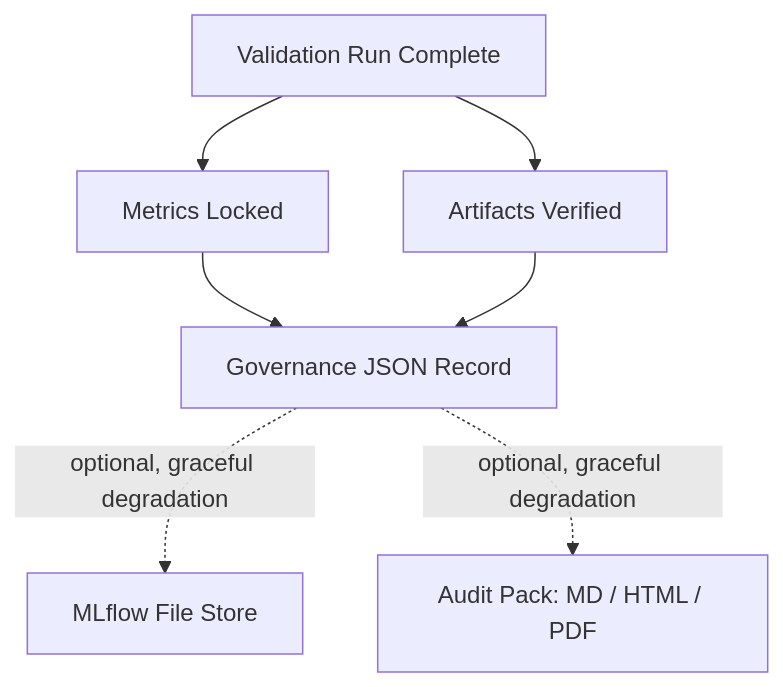
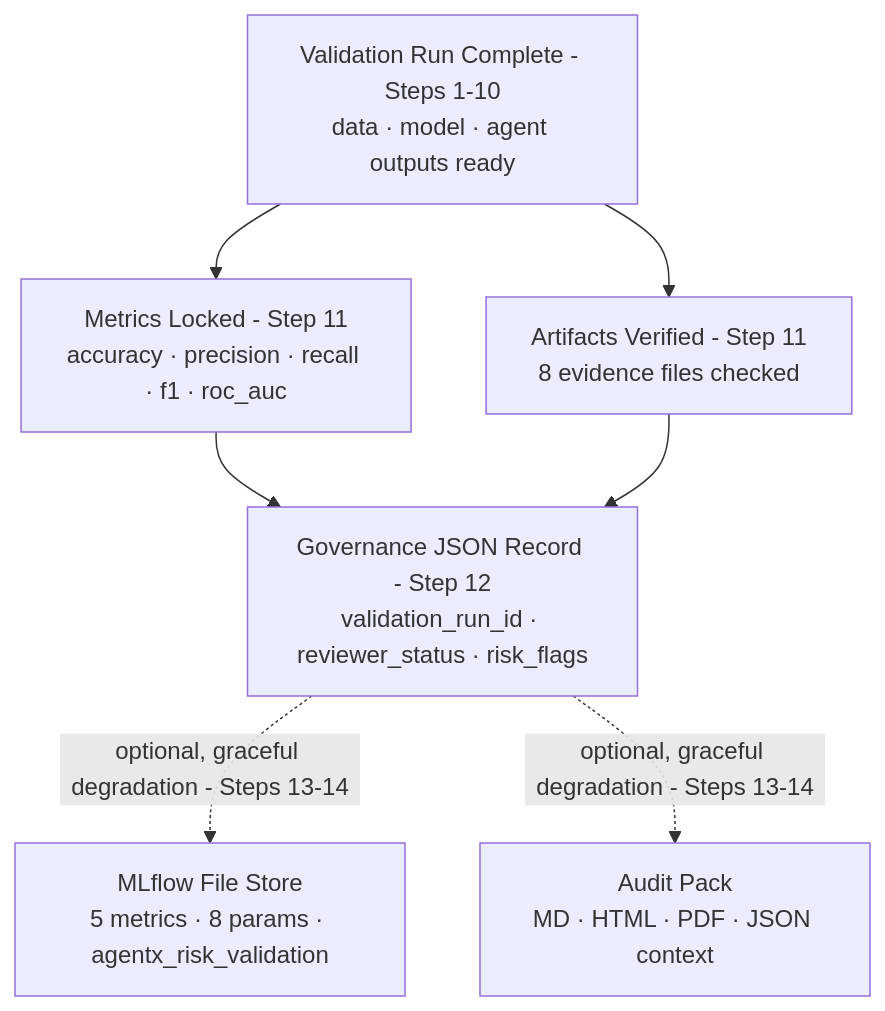
Before and after one commit to IjazKakkodDS/agentx-risk-validation-system: the diagram in docs/architecture/source/04_evidence_governance_audit_lifecycle.mmd, drawn with Mermaid. The commit also changed 9 other files, not shown here.

Commit message:
docs: enrich architecture narrative diagrams

```diff
--- a/docs/architecture/source/04_evidence_governance_audit_lifecycle.mmd
+++ b/docs/architecture/source/04_evidence_governance_audit_lifecycle.mmd
@@ -1,7 +1,7 @@
 flowchart TD
-    A[Validation Run Complete] --> B[Metrics Locked]
-    A --> C[Artifacts Verified]
-    B --> D[Governance JSON Record]
+    A["Validation Run Complete - Steps 1-10<br/>data · model · agent outputs ready"] --> B["Metrics Locked - Step 11<br/>accuracy · precision · recall · f1 · roc_auc"]
+    A --> C["Artifacts Verified - Step 11<br/>8 evidence files checked"]
+    B --> D["Governance JSON Record - Step 12<br/>validation_run_id · reviewer_status · risk_flags"]
     C --> D
-    D -. optional, graceful degradation .-> E[MLflow File Store]
-    D -. optional, graceful degradation .-> F["Audit Pack: MD / HTML / PDF"]
+    D -. "optional, graceful degradation - Steps 13-14" .-> E["MLflow File Store<br/>5 metrics · 8 params · agentx_risk_validation"]
+    D -. "optional, graceful degradation - Steps 13-14" .-> F["Audit Pack<br/>MD · HTML · PDF · JSON context"]
```
